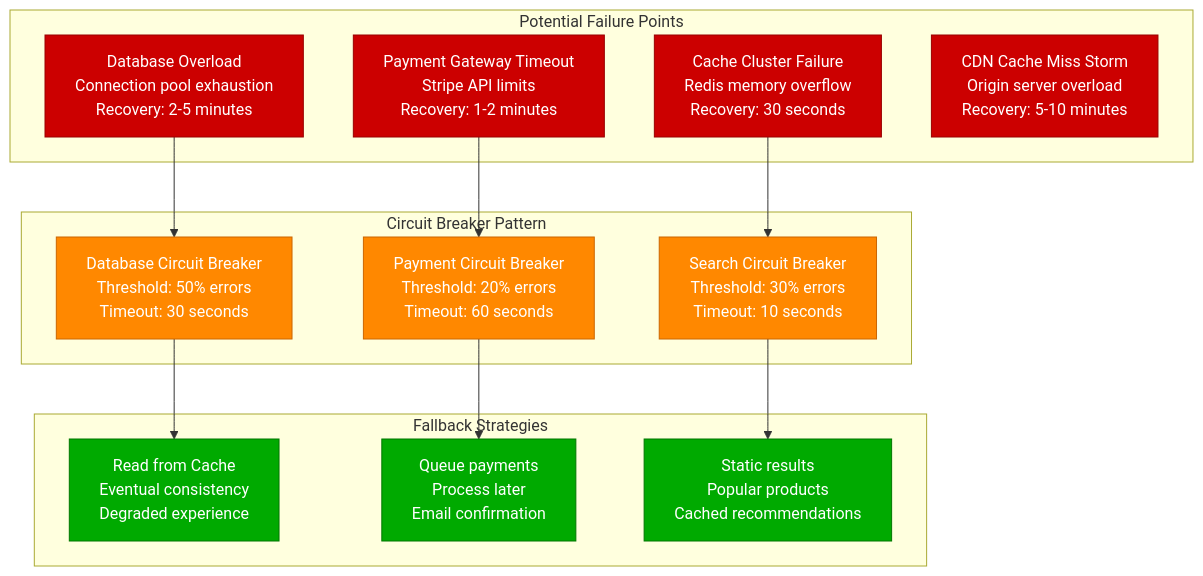
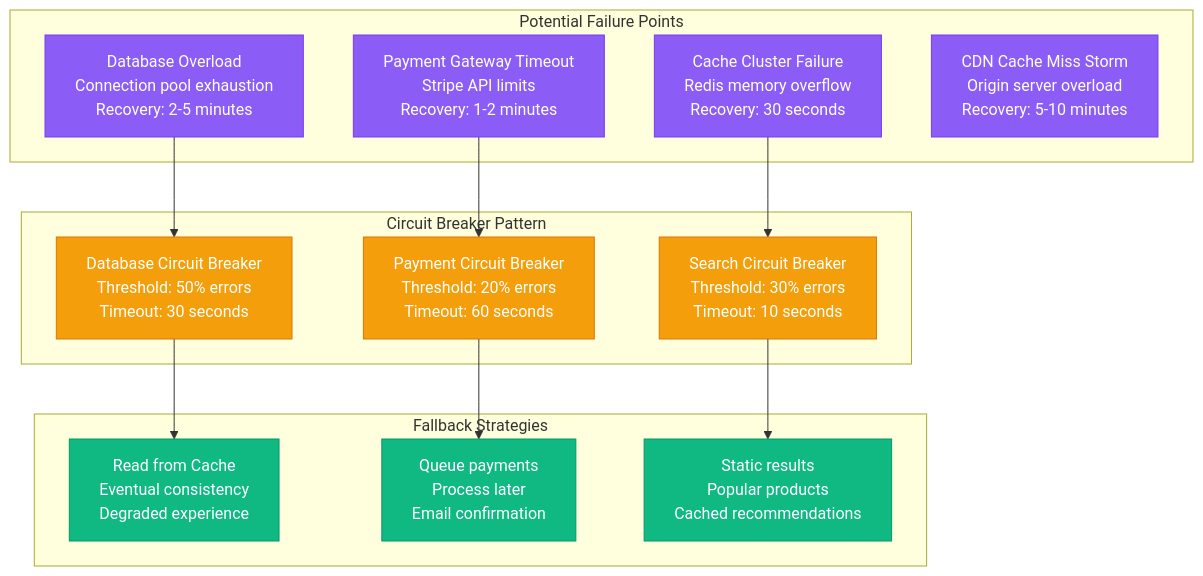
One commit to deepaucksharma/DS changed the fourth of 4 diagrams in site/docs/capacity/black-friday-ecommerce-surge.md. Above: the diagram before and after it, drawn with Mermaid. The commit also changed other lines of this file and 187 other files, not shown here.

````diff
--- a/site/docs/capacity/black-friday-ecommerce-surge.md
+++ b/site/docs/capacity/black-friday-ecommerce-surge.md
@@ -451,33 +451,33 @@
 ```mermaid
 graph TB
     subgraph FailureScenarios[Potential Failure Points]
         DB_FAIL[Database Overload<br/>Connection pool exhaustion<br/>Recovery: 2-5 minutes]
         CACHE_FAIL[Cache Cluster Failure<br/>Redis memory overflow<br/>Recovery: 30 seconds]
         PAY_FAIL[Payment Gateway Timeout<br/>Stripe API limits<br/>Recovery: 1-2 minutes]
         CDN_FAIL[CDN Cache Miss Storm<br/>Origin server overload<br/>Recovery: 5-10 minutes]
     end
 
     subgraph CircuitBreakers[Circuit Breaker Pattern]
         CB_DB[Database Circuit Breaker<br/>Threshold: 50% errors<br/>Timeout: 30 seconds]
         CB_PAY[Payment Circuit Breaker<br/>Threshold: 20% errors<br/>Timeout: 60 seconds]
         CB_SEARCH[Search Circuit Breaker<br/>Threshold: 30% errors<br/>Timeout: 10 seconds]
     end
 
     subgraph Fallbacks[Fallback Strategies]
         DB_FALLBACK[Read from Cache<br/>Eventual consistency<br/>Degraded experience]
         PAY_FALLBACK[Queue payments<br/>Process later<br/>Email confirmation]
         SEARCH_FALLBACK[Static results<br/>Popular products<br/>Cached recommendations]
     end
 
     DB_FAIL --> CB_DB --> DB_FALLBACK
     PAY_FAIL --> CB_PAY --> PAY_FALLBACK
     CACHE_FAIL --> CB_SEARCH --> SEARCH_FALLBACK
 
-    classDef failureStyle fill:#CC0000,stroke:#990000,color:#fff
-    classDef breakerStyle fill:#FF8800,stroke:#CC6600,color:#fff
-    classDef fallbackStyle fill:#00AA00,stroke:#007700,color:#fff
+    classDef failureStyle fill:#8B5CF6,stroke:#7C3AED,color:#fff
+    classDef breakerStyle fill:#F59E0B,stroke:#D97706,color:#fff
+    classDef fallbackStyle fill:#10B981,stroke:#059669,color:#fff
 
     class DB_FAIL,CACHE_FAIL,PAY_FAIL,CDN_FAIL failureStyle
     class CB_DB,CB_PAY,CB_SEARCH breakerStyle
     class DB_FALLBACK,PAY_FALLBACK,SEARCH_FALLBACK fallbackStyle
 ```
````
